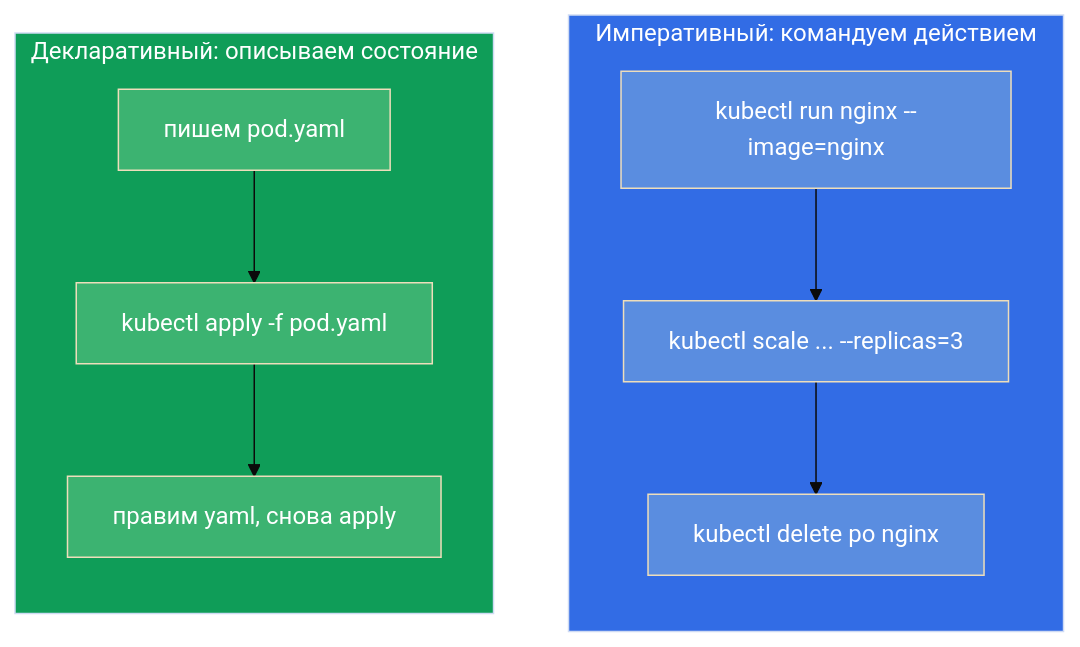
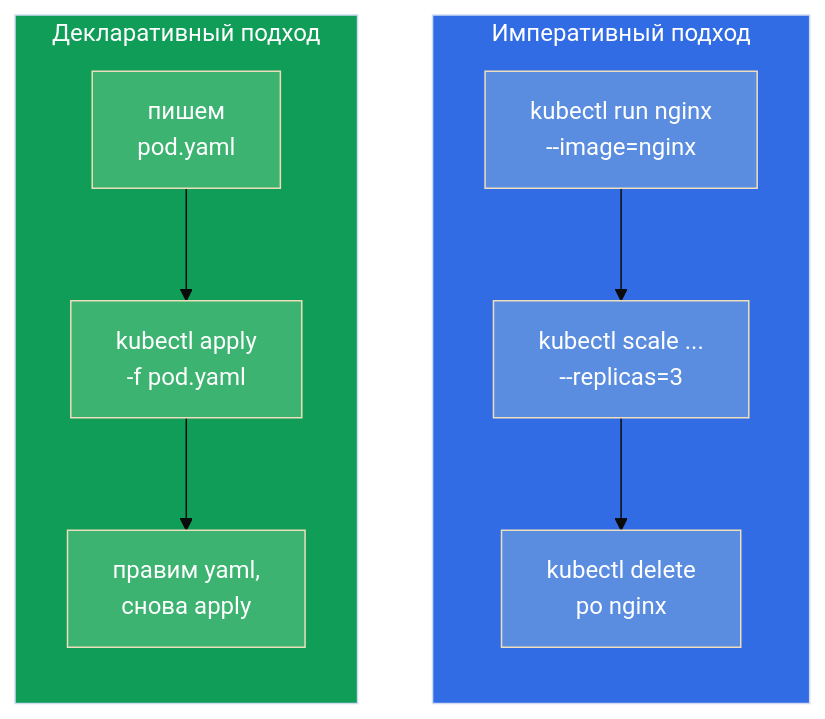
Before and after one commit to ViktorUJ/cks: the third of 5 diagrams in tasks/cka/course/03/ru.md, drawn with Mermaid (base theme). The commit also changed other lines of this file and 10 other files, not shown here.

````diff
--- a/tasks/cka/course/03/ru.md
+++ b/tasks/cka/course/03/ru.md
@@ -98,19 +145,19 @@
 ```mermaid
 flowchart TB
-    subgraph IMP["Императивный: командуем действием"]
+    subgraph IMP["Императивный подход"]
         direction TB
-        i1["kubectl run nginx --image=nginx"] --> i2["kubectl scale ... --replicas=3"] --> i3["kubectl delete po nginx"]
+        i1["kubectl run nginx<br>--image=nginx"] --> i2["kubectl scale ...<br>--replicas=3"] --> i3["kubectl delete<br>po nginx"]
     end
-    subgraph DEC["Декларативный: описываем состояние"]
+    subgraph DEC["Декларативный подход"]
         direction TB
-        d1["пишем pod.yaml"] --> d2["kubectl apply -f pod.yaml"] --> d3["правим yaml, снова apply"]
+        d1["пишем<br>pod.yaml"] --> d2["kubectl apply<br>-f pod.yaml"] --> d3["правим yaml,<br>снова apply"]
     end
     style IMP fill:#326ce5,color:#fff
     style DEC fill:#0f9d58,color:#fff
     style i1 fill:#5a8de0,color:#fff
     style i2 fill:#5a8de0,color:#fff
     style i3 fill:#5a8de0,color:#fff
     style d1 fill:#3cb371,color:#fff
     style d2 fill:#3cb371,color:#fff
     style d3 fill:#3cb371,color:#fff
 ```
````
